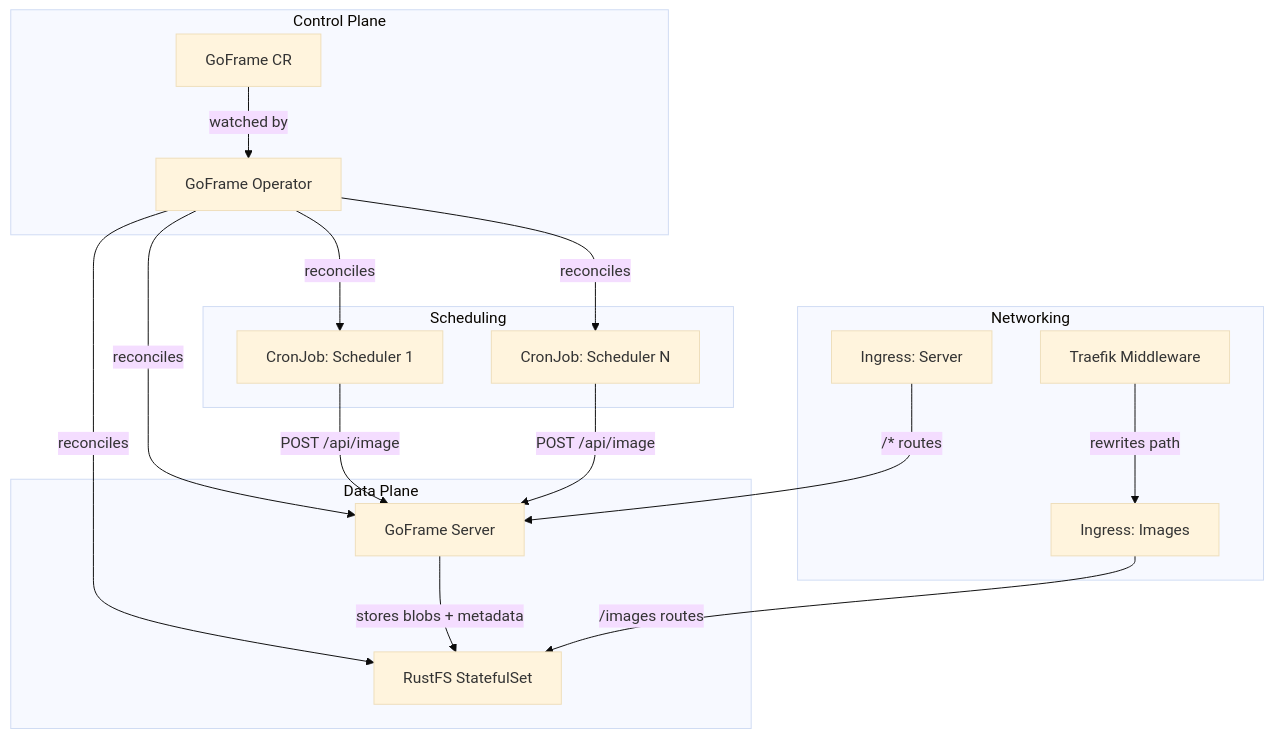
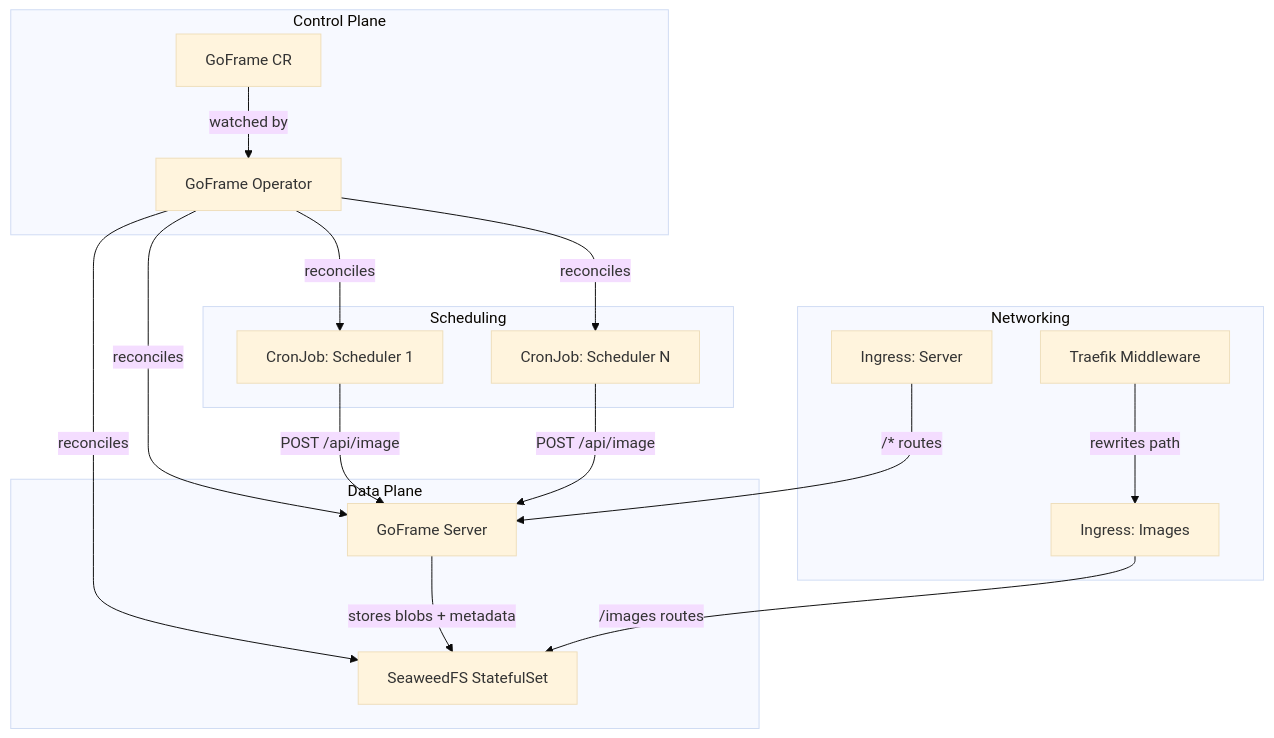
The first of 6 diagrams in docs/architecture.md (jo-hoe/goframe), drawn with Mermaid (base theme) before and after one commit. The commit also changed other lines of this file and 37 other files, not shown here.

First line of the commit message:
feat: migrate storage backend from RustFS to SeaweedFS

````diff
--- a/docs/architecture.md
+++ b/docs/architecture.md
@@ -7,38 +7,38 @@
 ```mermaid
 graph TD
     subgraph "Control Plane"
         OP[GoFrame Operator]
         CR[GoFrame CR]
     end
 
     subgraph "Data Plane"
         SRV[GoFrame Server]
-        RUSTFS[RustFS StatefulSet]
+        SWFS[SeaweedFS StatefulSet]
     end
 
     subgraph "Scheduling"
         CJ1[CronJob: Scheduler 1]
         CJ2[CronJob: Scheduler N]
     end
 
     subgraph "Networking"
         ING_SRV[Ingress: Server]
         ING_IMG[Ingress: Images]
         MW[Traefik Middleware]
     end
 
     CR -->|watched by| OP
     OP -->|reconciles| SRV
-    OP -->|reconciles| RUSTFS
+    OP -->|reconciles| SWFS
     OP -->|reconciles| CJ1
     OP -->|reconciles| CJ2
 
-    SRV -->|stores blobs + metadata| RUSTFS
+    SRV -->|stores blobs + metadata| SWFS
 
     CJ1 -->|POST /api/image| SRV
     CJ2 -->|POST /api/image| SRV
 
     ING_SRV -->|/* routes| SRV
-    ING_IMG -->|/images routes| RUSTFS
+    ING_IMG -->|/images routes| SWFS
     MW -->|rewrites path| ING_IMG
 ```
````
